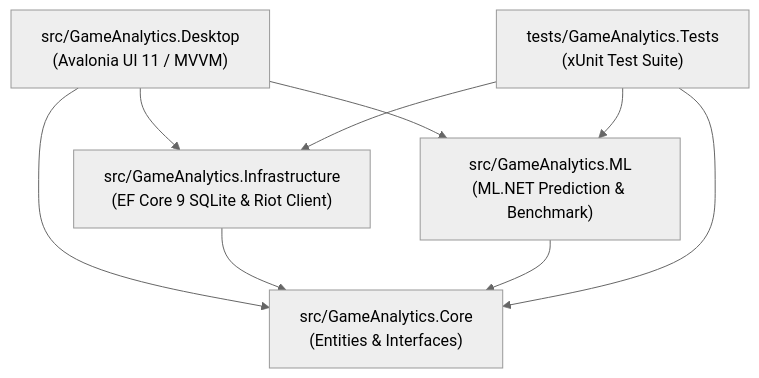
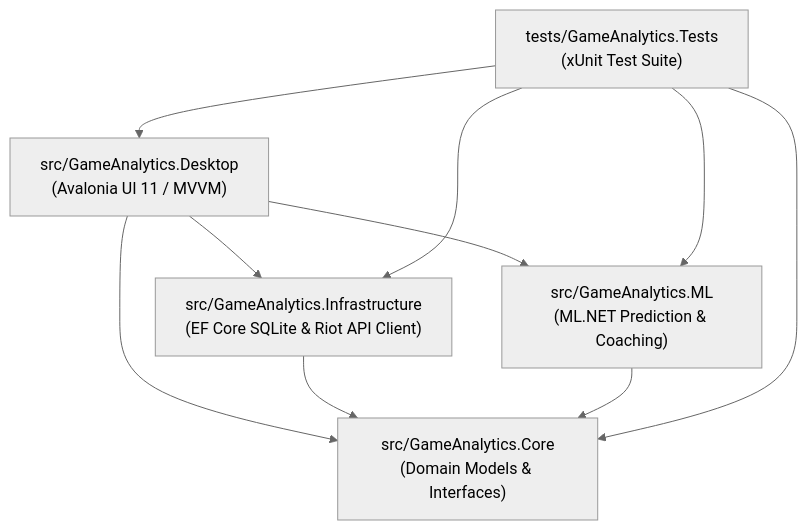
The diagram in README.md (Qu4dyz/multiplatform), drawn with Mermaid (neutral theme) before and after one commit. The commit also changed other lines of this file and 7 other files, not shown here.

````diff
--- a/README.md
+++ b/README.md
@@ -65,17 +99,18 @@
 ```mermaid
 flowchart TD
     Desktop["src/GameAnalytics.Desktop\n(Avalonia UI 11 / MVVM)"]
-    Core["src/GameAnalytics.Core\n(Entities & Interfaces)"]
-    Infra["src/GameAnalytics.Infrastructure\n(EF Core 9 SQLite & Riot Client)"]
-    ML["src/GameAnalytics.ML\n(ML.NET Prediction & Benchmark)"]
+    Core["src/GameAnalytics.Core\n(Domain Models & Interfaces)"]
+    Infra["src/GameAnalytics.Infrastructure\n(EF Core SQLite & Riot API Client)"]
+    ML["src/GameAnalytics.ML\n(ML.NET Prediction & Coaching)"]
     Tests["tests/GameAnalytics.Tests\n(xUnit Test Suite)"]
 
     Desktop --> Core
     Desktop --> Infra
     Desktop --> ML
     Infra --> Core
     ML --> Core
     Tests --> Core
     Tests --> Infra
     Tests --> ML
+    Tests --> Desktop
 ```
````
